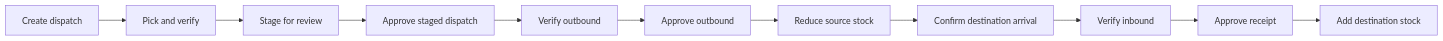
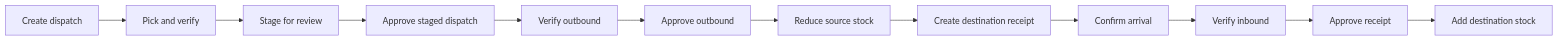
The second of 2 diagrams in README.md (zymasystems/Solvix-StockFlow), drawn with Mermaid before and after one commit. The commit also changed other lines of this file, not shown here.

````diff
--- a/README.md
+++ b/README.md
@@ -182,13 +129,14 @@
 ```mermaid
 flowchart LR
     A[Create dispatch] --> B[Pick and verify]
     B --> C[Stage for review]
     C --> D[Approve staged dispatch]
     D --> E[Verify outbound]
     E --> F[Approve outbound]
     F --> G[Reduce source stock]
-    G --> H[Confirm destination arrival]
-    H --> I[Verify inbound]
-    I --> J[Approve receipt]
-    J --> K[Add destination stock]
+    G --> H[Create destination receipt]
+    H --> I[Confirm arrival]
+    I --> J[Verify inbound]
+    J --> K[Approve receipt]
+    K --> L[Add destination stock]
 ```
````
